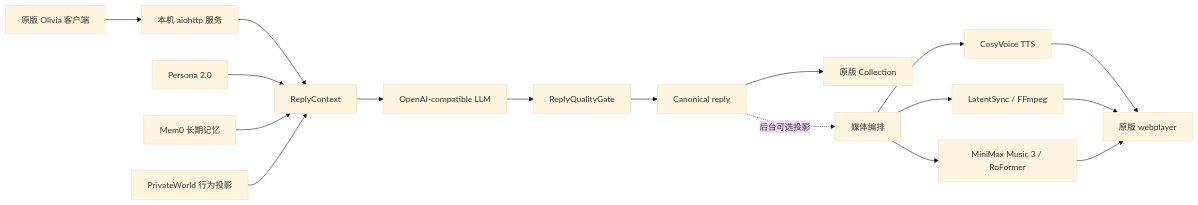
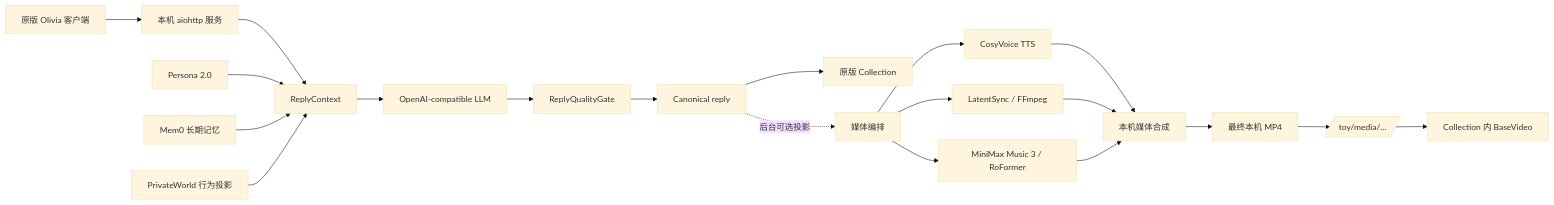
Before and after one commit to Ornn8/bside-olivia-community: the diagram in README.md, drawn with Mermaid (base theme). The commit also changed other lines of this file and 5 other files, not shown here.

````diff
--- a/README.md
+++ b/README.md
@@ -33,19 +33,22 @@
 ```mermaid
 flowchart LR
     Client[原版 Olivia 客户端] --> HTTP[本机 aiohttp 服务]
     HTTP --> Context[ReplyContext]
     Persona[Persona 2.0] --> Context
     Memory[Mem0 长期记忆] --> Context
     World[PrivateWorld 行为投影] --> Context
     Context --> LLM[OpenAI-compatible LLM]
     LLM --> Gate[ReplyQualityGate]
     Gate --> Canonical[Canonical reply]
     Canonical --> Collection[原版 Collection]
     Canonical -. 后台可选投影 .-> Media[媒体编排]
     Media --> TTS[CosyVoice TTS]
     Media --> Visual[LatentSync / FFmpeg]
     Media --> Music[MiniMax Music 3 / RoFormer]
-    TTS --> Player[原版 webplayer]
-    Visual --> Player
-    Music --> Player
+    TTS --> Render[本机媒体合成]
+    Visual --> Render
+    Music --> Render
+    Render --> MP4[最终本机 MP4]
+    MP4 --> MediaURL[/toy/media/.../]
+    MediaURL --> BaseVideo[Collection 内 BaseVideo]
 ```
````
